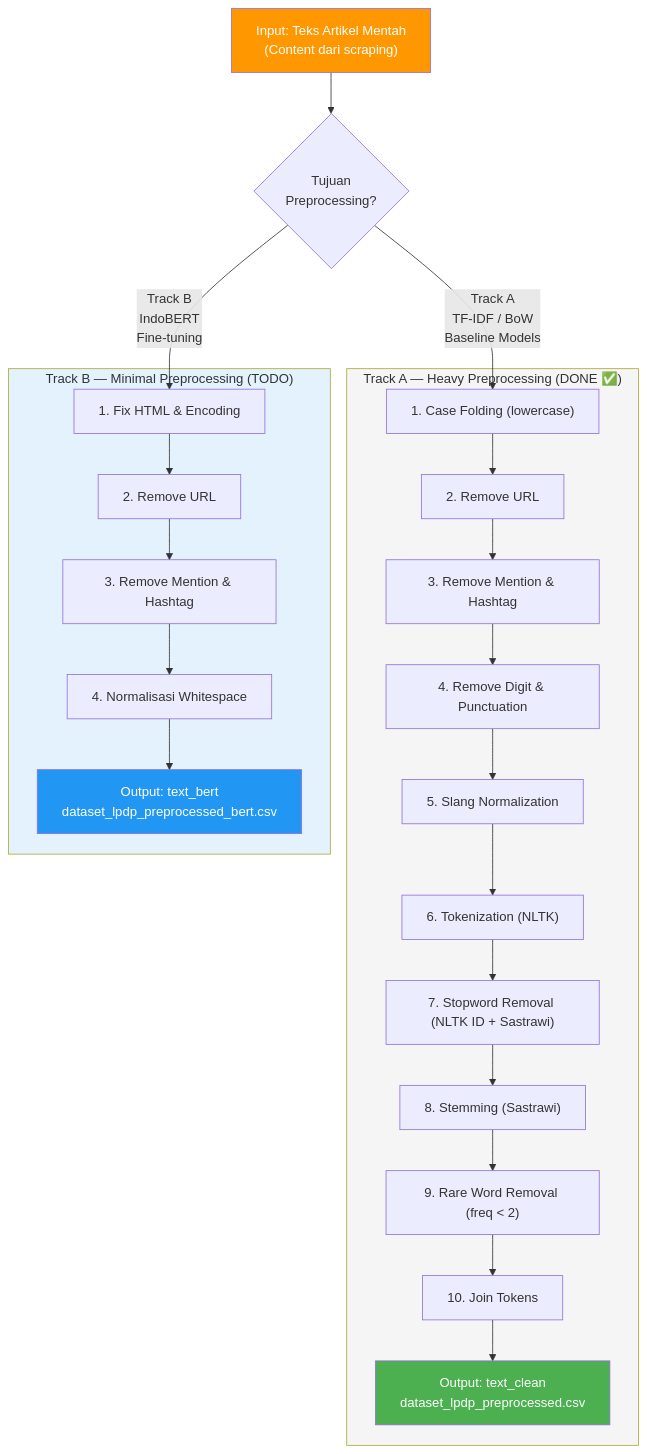
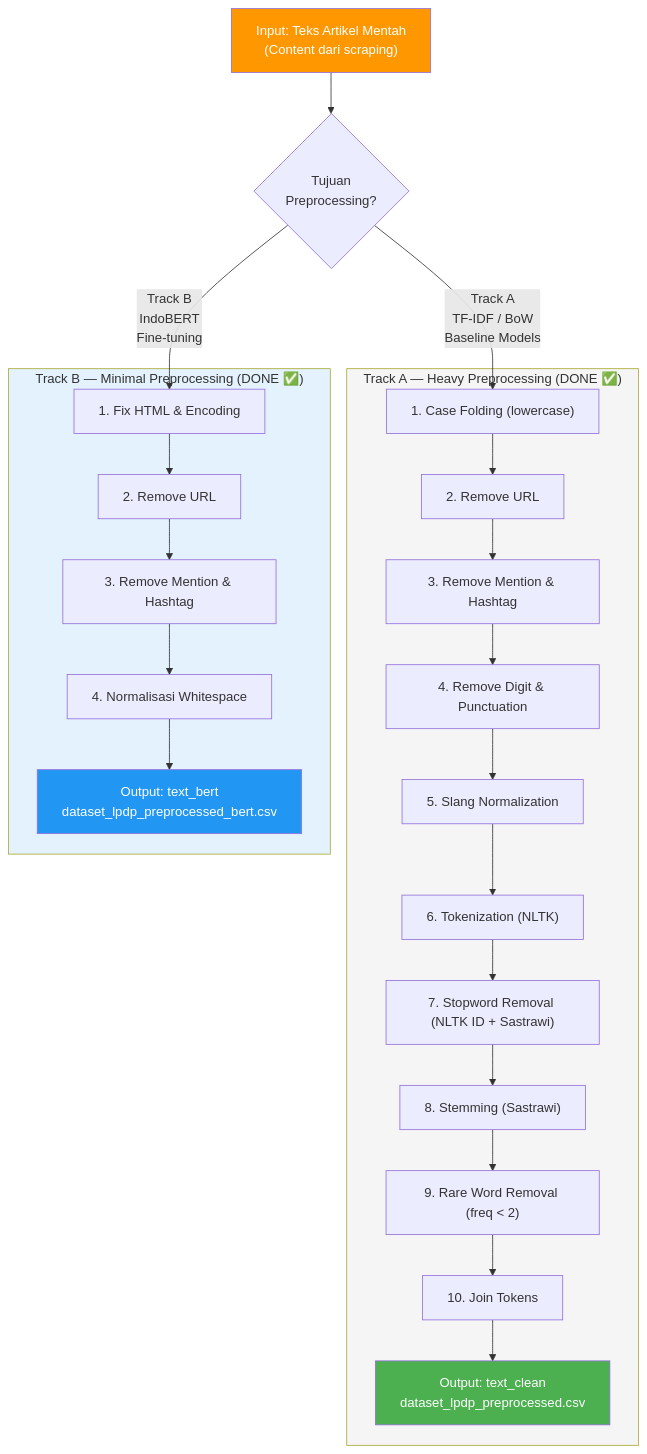
One commit to MIqbalBY/PBA changed the fifth of 5 diagrams in Project A/Pipeline_NLP_LPDP.md. Above: the diagram before and after it, drawn with Mermaid. The commit also changed other lines of this file, not shown here.

Commit message:
docs(pipeline): update Phase 4 Track B to completed + fix MD051 MD012 markdownlint

````diff
--- a/Project A/Pipeline_NLP_LPDP.md
+++ b/Project A/Pipeline_NLP_LPDP.md
@@ -675,33 +673,33 @@
 ```mermaid
 flowchart TD
     RAW["Input: Teks Artikel Mentah\n(Content dari scraping)"] --> SPLIT{Tujuan\nPreprocessing?}
 
     SPLIT -->|"Track A\nTF-IDF / BoW\nBaseline Models"| A1
     SPLIT -->|"Track B\nIndoBERT\nFine-tuning"| B1
 
     subgraph TRACK_A ["Track A — Heavy Preprocessing (DONE ✅)"]
         A1["1. Case Folding (lowercase)"] --> A2
         A2["2. Remove URL"] --> A3
         A3["3. Remove Mention & Hashtag"] --> A4
         A4["4. Remove Digit & Punctuation"] --> A5
         A5["5. Slang Normalization"] --> A6
         A6["6. Tokenization (NLTK)"] --> A7
         A7["7. Stopword Removal (NLTK ID + Sastrawi)"] --> A8
         A8["8. Stemming (Sastrawi)"] --> A9
         A9["9. Rare Word Removal (freq < 2)"] --> A10
         A10["10. Join Tokens"] --> OUTA["Output: text_clean\ndataset_lpdp_preprocessed.csv"]
     end
 
-    subgraph TRACK_B ["Track B — Minimal Preprocessing (TODO)"]
+    subgraph TRACK_B ["Track B — Minimal Preprocessing (DONE ✅)"]
         B1["1. Fix HTML & Encoding"] --> B2
         B2["2. Remove URL"] --> B3
         B3["3. Remove Mention & Hashtag"] --> B4
         B4["4. Normalisasi Whitespace"] --> OUTB["Output: text_bert\ndataset_lpdp_preprocessed_bert.csv"]
     end
 
     style RAW fill:#FF9800,color:#fff
     style OUTA fill:#4CAF50,color:#fff
     style OUTB fill:#2196F3,color:#fff
     style TRACK_A fill:#f5f5f5
     style TRACK_B fill:#e3f2fd
 ```
````
